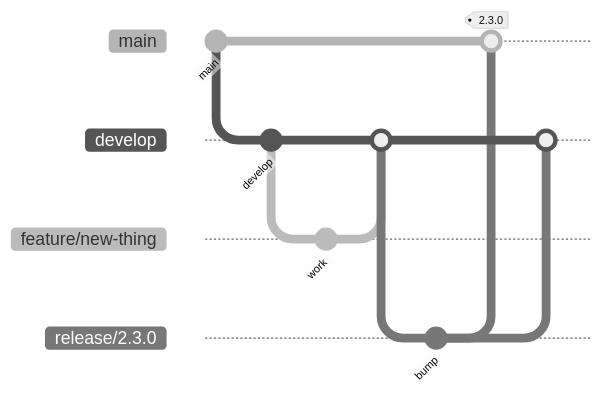
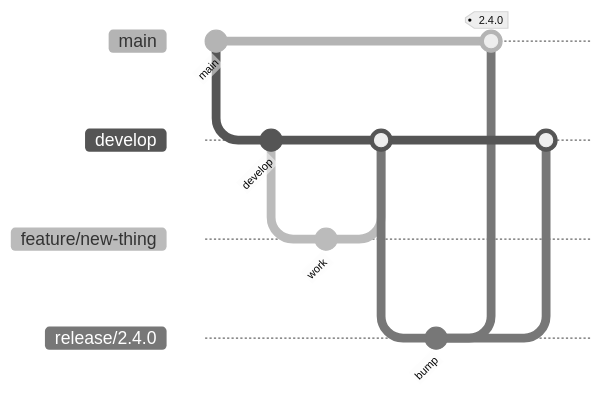
The second of 2 diagrams in docs/development/developer-guide.md (msk-access/py-gbcms), drawn with Mermaid (neutral theme) before and after one commit. The commit also changed 8 other files, not shown here.

````diff
--- a/docs/development/developer-guide.md
+++ b/docs/development/developer-guide.md
@@ -132,16 +132,16 @@
 ```mermaid
 gitGraph
     commit id: "main"
     branch develop
     commit id: "develop"
     branch feature/new-thing
     commit id: "work"
     checkout develop
     merge feature/new-thing
-    branch release/2.3.0
+    branch release/2.4.0
     commit id: "bump"
     checkout main
-    merge release/2.3.0 tag: "2.3.0"
+    merge release/2.4.0 tag: "2.4.0"
     checkout develop
-    merge release/2.3.0
+    merge release/2.4.0
 ```
````
